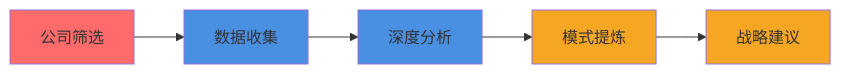
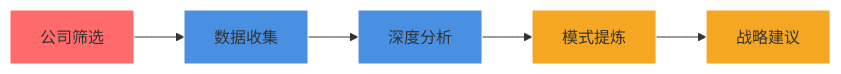
One commit to lobster-journey/lobster-journey changed the fourth of 10 diagrams in README.md. Above: the diagram before and after it, drawn with Mermaid. The commit also changed other lines of this file, not shown here.

````diff
--- a/README.md
+++ b/README.md
@@ -220,13 +445,13 @@
 ```mermaid
 graph LR
     A[公司筛选] --> B[数据收集]
     B --> C[深度分析]
     C --> D[模式提炼]
     D --> E[战略建议]
-    
-    style A fill:#FF6B6B
-    style B fill:#4A90E2
-    style C fill:#4A90E2
-    style D fill:#F5A623
-    style E fill:#F5A623
+
+    style A fill:#FF6B6B,stroke:#fff
+    style B fill:#4A90E2,stroke:#fff
+    style C fill:#4A90E2,stroke:#fff
+    style D fill:#F5A623,stroke:#fff
+    style E fill:#F5A623,stroke:#fff
 ```
````
